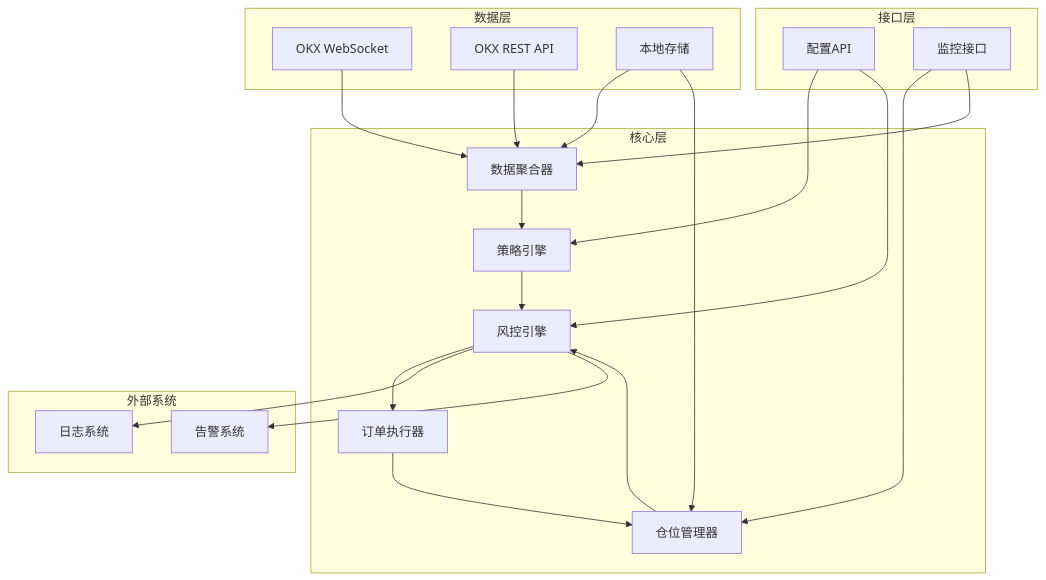
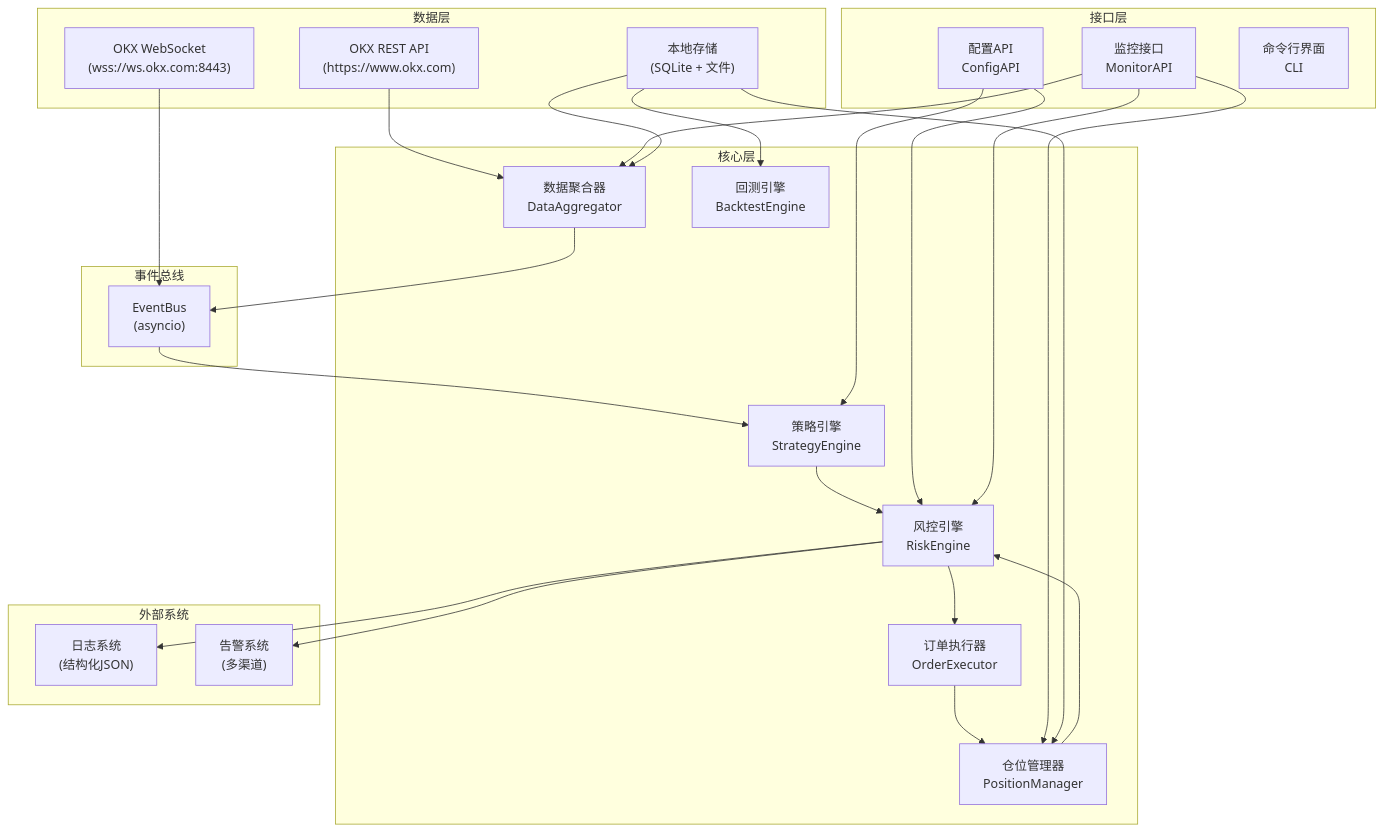
One commit to DarwinHo/crypto-trend-trading changed the first of 7 diagrams in .monkeycode/specs/crypto-trend-trading-system/design.md. Above: the diagram before and after it, drawn with Mermaid. The commit also changed other lines of this file, not shown here.

````diff
--- a/.monkeycode/specs/crypto-trend-trading-system/design.md
+++ b/.monkeycode/specs/crypto-trend-trading-system/design.md
@@ -51,42 +61,66 @@
 ```mermaid
 graph TB
     subgraph 数据层["数据层"]
-        WS[OKX WebSocket]
-        REST[OKX REST API]
-        LOCAL[本地存储]
+        WS["OKX WebSocket
+        (wss://ws.okx.com:8443)"]
+        REST["OKX REST API
+        (https://www.okx.com)"]
+        LOCAL["本地存储
+        (SQLite + 文件)"]
     end
     
     subgraph 核心层["核心层"]
-        DA[数据聚合器]
-        SE[策略引擎]
-        OE[订单执行器]
-        RE[风控引擎]
-        PM[仓位管理器]
+        DA["数据聚合器
+        DataAggregator"]
+        SE["策略引擎
+        StrategyEngine"]
+        RE["风控引擎
+        RiskEngine"]
+        OE["订单执行器
+        OrderExecutor"]
+        PM["仓位管理器
+        PositionManager"]
+        BE["回测引擎
+        BacktestEngine"]
+    end
+    
+    subgraph 总线层["事件总线"]
+        EB["EventBus
+        (asyncio)"]
     end
     
     subgraph 接口层["接口层"]
-        API[配置API]
-        MON[监控接口]
+        API["配置API
+        ConfigAPI"]
+        MON["监控接口
+        MonitorAPI"]
+        CLI["命令行界面
+        CLI"]
     end
     
     subgraph 外部["外部系统"]
-        Logger[日志系统]
-        Alert[告警系统]
+        Logger["日志系统
+        (结构化JSON)"]
+        Alert["告警系统
+        (多渠道)"]
     end
     
-    WS --> DA
+    WS --> EB
     REST --> DA
-    DA --> SE
+    DA --> EB
+    EB --> SE
     SE --> RE
     RE --> OE
     OE --> PM
     PM --> RE
     RE --> Logger
     RE --> Alert
     API --> SE
     API --> RE
     MON --> PM
     MON --> DA
+    MON --> RE
     LOCAL --> DA
     LOCAL --> PM
+    LOCAL --> BE
 ```
````
